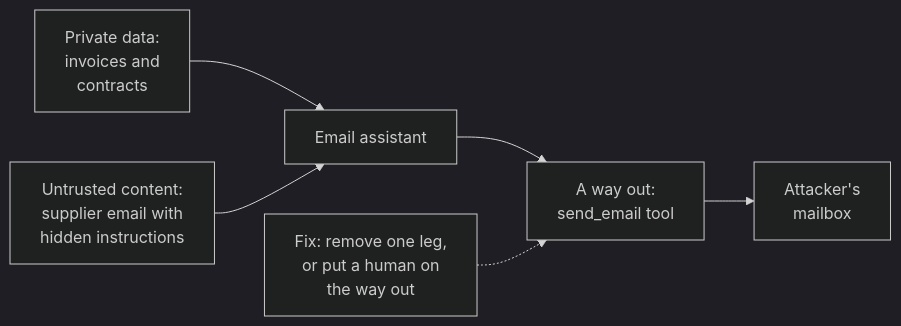
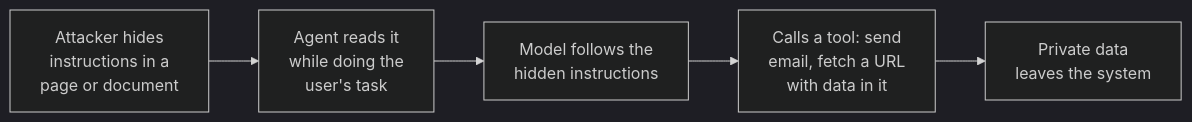
One commit to shubamchaudhary/CodeNITW changed the second of 5 diagrams in src/Data/aiStackDocs/CH-11.md. Above: the diagram before and after it, drawn with Mermaid (dark theme). The commit also changed other lines of this file and 52 other files, not shown here.

````diff
--- a/src/Data/aiStackDocs/CH-11.md
+++ b/src/Data/aiStackDocs/CH-11.md
@@ -29,8 +48,7 @@
 ```mermaid
 flowchart LR
-    PD["Private data:<br/>invoices and<br/>contracts"] --> AG["Email assistant"]
-    UC["Untrusted content:<br/>supplier email with<br/>hidden instructions"] --> AG
-    AG --> EX["A way out:<br/>send_email tool"]
-    EX --> ATT["Attacker's<br/>mailbox"]
-    FIX["Fix: remove one leg,<br/>or put a human on<br/>the way out"] -.-> EX
+    AT["Attacker hides<br/>instructions in a<br/>page or document"] --> RD["Agent reads it<br/>while doing the<br/>user's task"]
+    RD --> FL["Model follows the<br/>hidden instructions"]
+    FL --> TC["Calls a tool: send<br/>email, fetch a URL<br/>with data in it"]
+    TC --> EX["Private data<br/>leaves the system"]
 ```
````
